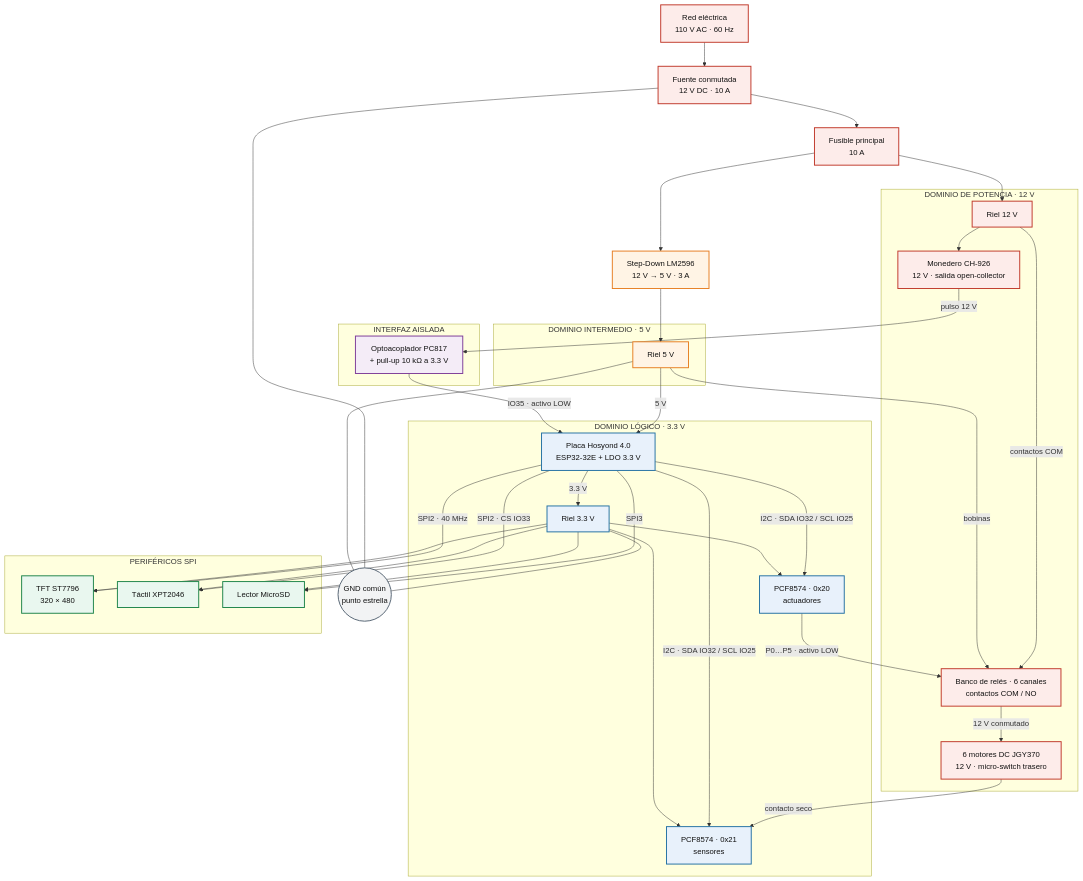
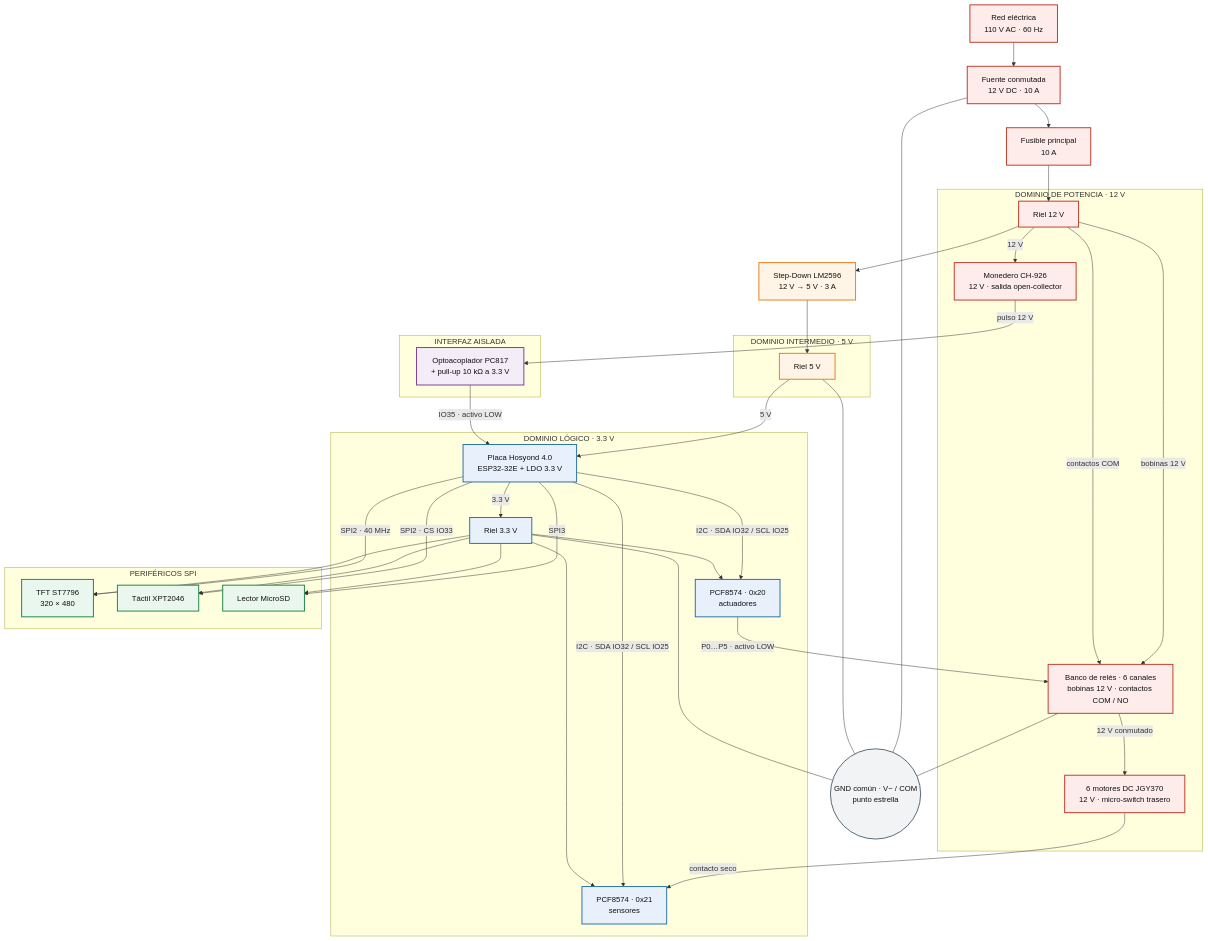
Before and after one commit to yeremybautista77/Maquina_Expendedora: the first of 2 diagrams in Diseño_electronico/ARQUITECTURA_HARDWARE.md, drawn with Mermaid. The commit also changed other lines of this file and 1 other file, not shown here.

Commit message:
docs(hardware): corregir power tree a bobinas de 12 V y simplificar tierras

```diff
--- a/Diseño_electronico/ARQUITECTURA_HARDWARE.md
+++ b/Diseño_electronico/ARQUITECTURA_HARDWARE.md
@@ -39,12 +13,12 @@
     PSU["Fuente conmutada<br/>12 V DC · 10 A"]
     FUSE["Fusible principal<br/>10 A"]
     BUCK["Step-Down LM2596<br/>12 V → 5 V · 3 A"]
-    STAR(("GND común<br/>punto estrella"))
+    STAR(("GND común · V− / COM<br/>punto estrella"))
 
     subgraph POT["DOMINIO DE POTENCIA · 12 V"]
         R12["Riel 12 V"]
         COIN["Monedero CH-926<br/>12 V · salida open-collector"]
-        RELAYS["Banco de relés · 6 canales<br/>contactos COM / NO"]
+        RELAYS["Banco de relés · 6 canales<br/>bobinas 12 V · contactos COM / NO"]
         MOTORS["6 motores DC JGY370<br/>12 V · micro-switch trasero"]
     end
 
@@ -72,14 +46,14 @@
     AC --> PSU
     PSU --> FUSE
     FUSE --> R12
-    FUSE --> BUCK
+    R12 --> BUCK
     BUCK --> R5
     R5 -->|"5 V"| ESP
     ESP -->|"3.3 V"| P33
 
-    R12 --> COIN
+    R12 -->|"12 V"| COIN
+    R12 -->|"bobinas 12 V"| RELAYS
     R12 -->|"contactos COM"| RELAYS
-    R5 -->|"bobinas"| RELAYS
     RELAYS -->|"12 V conmutado"| MOTORS
     MOTORS -->|"contacto seco"| M21
     M20 -->|"P0…P5 · activo LOW"| RELAYS
@@ -102,6 +76,7 @@
     PSU --- STAR
     R5 --- STAR
     P33 --- STAR
+    RELAYS --- STAR
 
     classDef power fill:#fdecea,stroke:#c0392b,stroke-width:2px,color:#111
     classDef mid fill:#fff4e5,stroke:#e67e22,stroke-width:2px,color:#111
```
